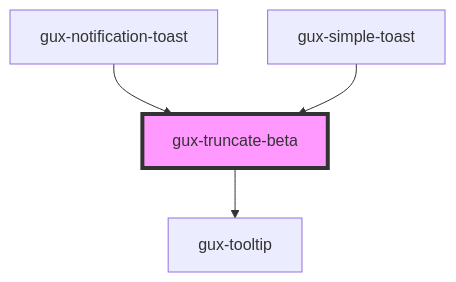
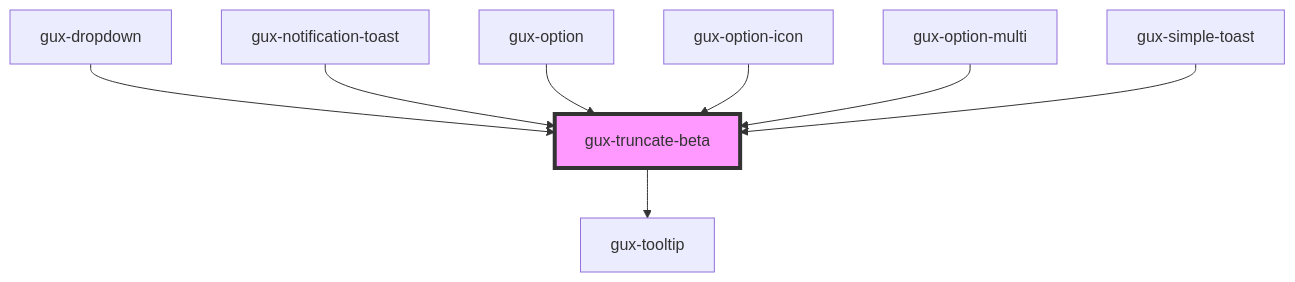
The diagram in packages/genesys-spark-components/src/components/beta/gux-truncate/readme.md (MyPureCloud/genesys-spark), drawn with Mermaid before and after one commit. The commit also changed other lines of this file and 23 other files, not shown here.

First line of the commit message:
fix(gux-dropdown): truncate long text and show tooltip (#1237)

````diff
--- a/packages/genesys-spark-components/src/components/beta/gux-truncate/readme.md
+++ b/packages/genesys-spark-components/src/components/beta/gux-truncate/readme.md
@@ -57,7 +61,11 @@
 ```mermaid
 graph TD;
   gux-truncate-beta --> gux-tooltip
+  gux-dropdown --> gux-truncate-beta
   gux-notification-toast --> gux-truncate-beta
+  gux-option --> gux-truncate-beta
+  gux-option-icon --> gux-truncate-beta
+  gux-option-multi --> gux-truncate-beta
   gux-simple-toast --> gux-truncate-beta
   style gux-truncate-beta fill:#f9f,stroke:#333,stroke-width:4px
 ```
````
